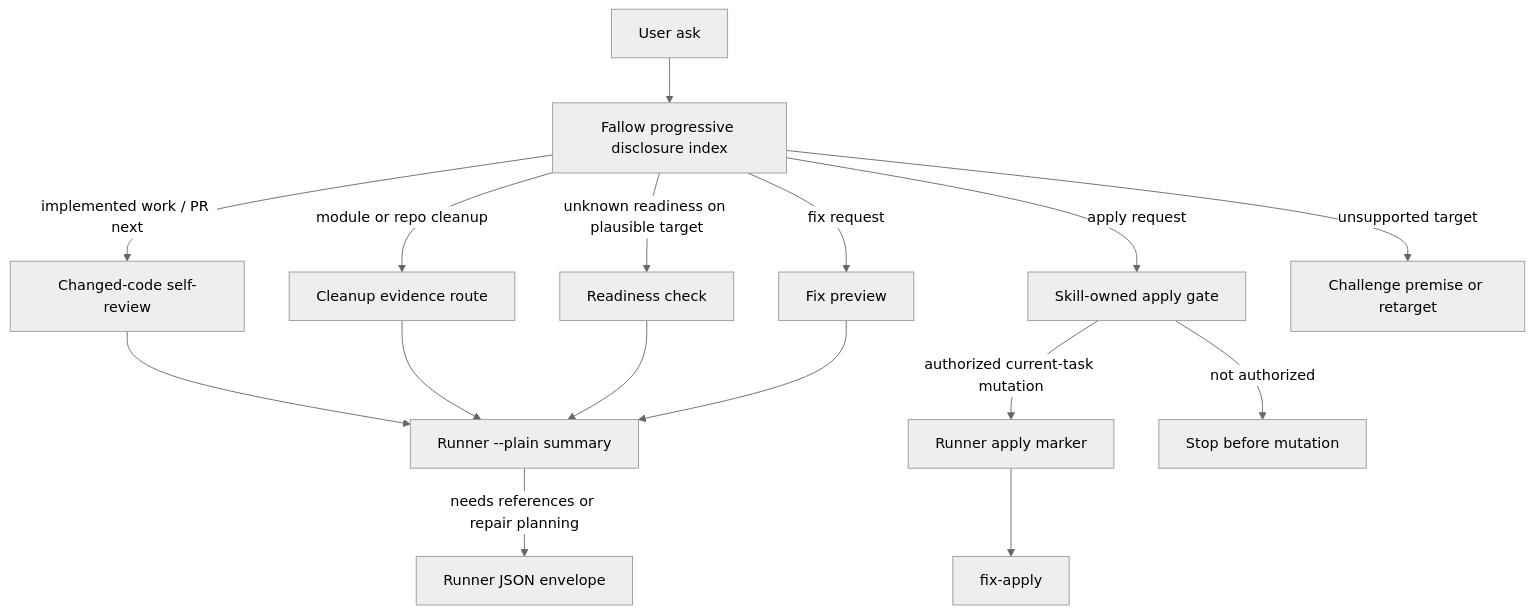
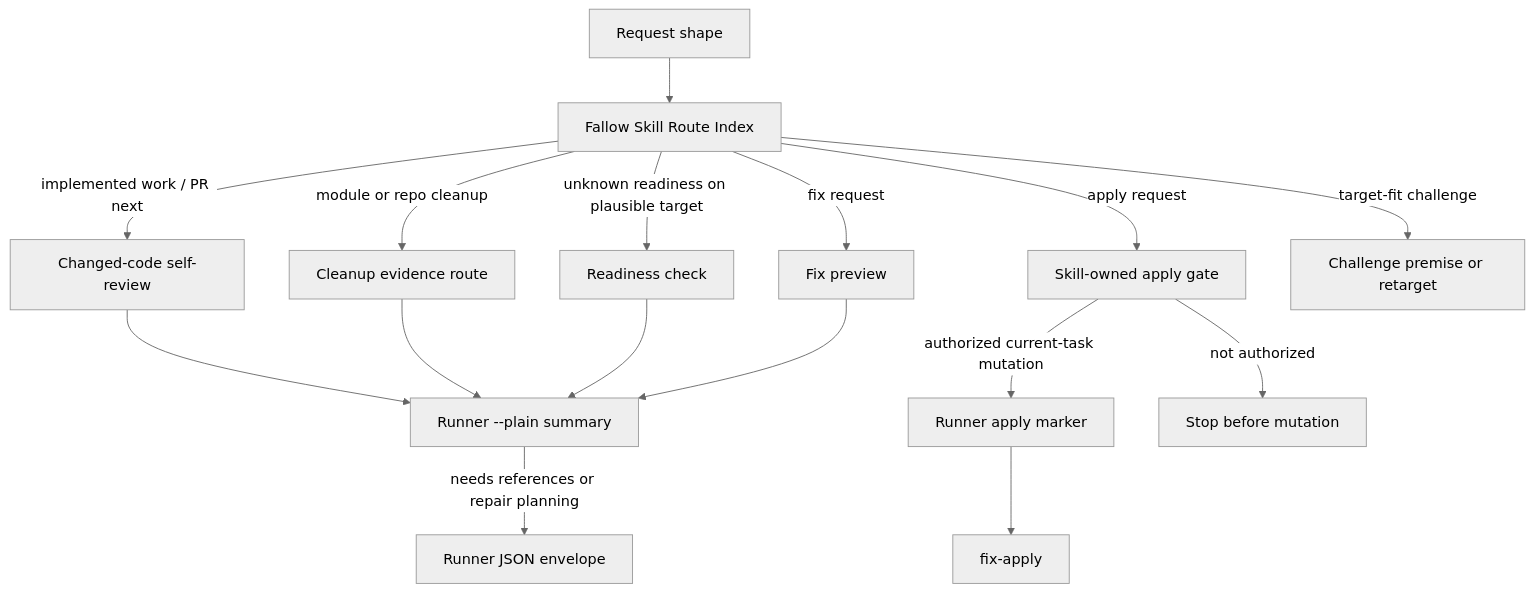
The diagram in docs/plans/2026-06-04-004-feat-fallow-progressive-disclosure-index-plan.md (nathanvale/claude-code-config), drawn with Mermaid (neutral theme) before and after one commit. The commit also changed other lines of this file and 8 other files, not shown here.

First line of the commit message:
feat(fallow): add skill route index and plain output

````diff
--- a/docs/plans/2026-06-04-004-feat-fallow-progressive-disclosure-index-plan.md
+++ b/docs/plans/2026-06-04-004-feat-fallow-progressive-disclosure-index-plan.md
@@ -181,19 +184,19 @@
 ```mermaid
 flowchart TB
-  Ask["User ask"] --> Index["Fallow progressive disclosure index"]
+  Ask["Request shape"] --> Index["Fallow Skill Route Index"]
   Index -->|implemented work / PR next| SelfReview["Changed-code self-review"]
   Index -->|module or repo cleanup| Cleanup["Cleanup evidence route"]
   Index -->|unknown readiness on plausible target| Doctor["Readiness check"]
   Index -->|fix request| Preview["Fix preview"]
   Index -->|apply request| ApplyGate["Skill-owned apply gate"]
-  Index -->|unsupported target| Retarget["Challenge premise or retarget"]
+  Index -->|target-fit challenge| Retarget["Challenge premise or retarget"]
 
   SelfReview --> Plain["Runner --plain summary"]
   Cleanup --> Plain
   Doctor --> Plain
   Preview --> Plain
   Plain -->|needs references or repair planning| Json["Runner JSON envelope"]
   ApplyGate -->|authorized current-task mutation| Marker["Runner apply marker"]
   Marker --> Apply["fix-apply"]
   ApplyGate -->|not authorized| Stop["Stop before mutation"]
 ```
````
